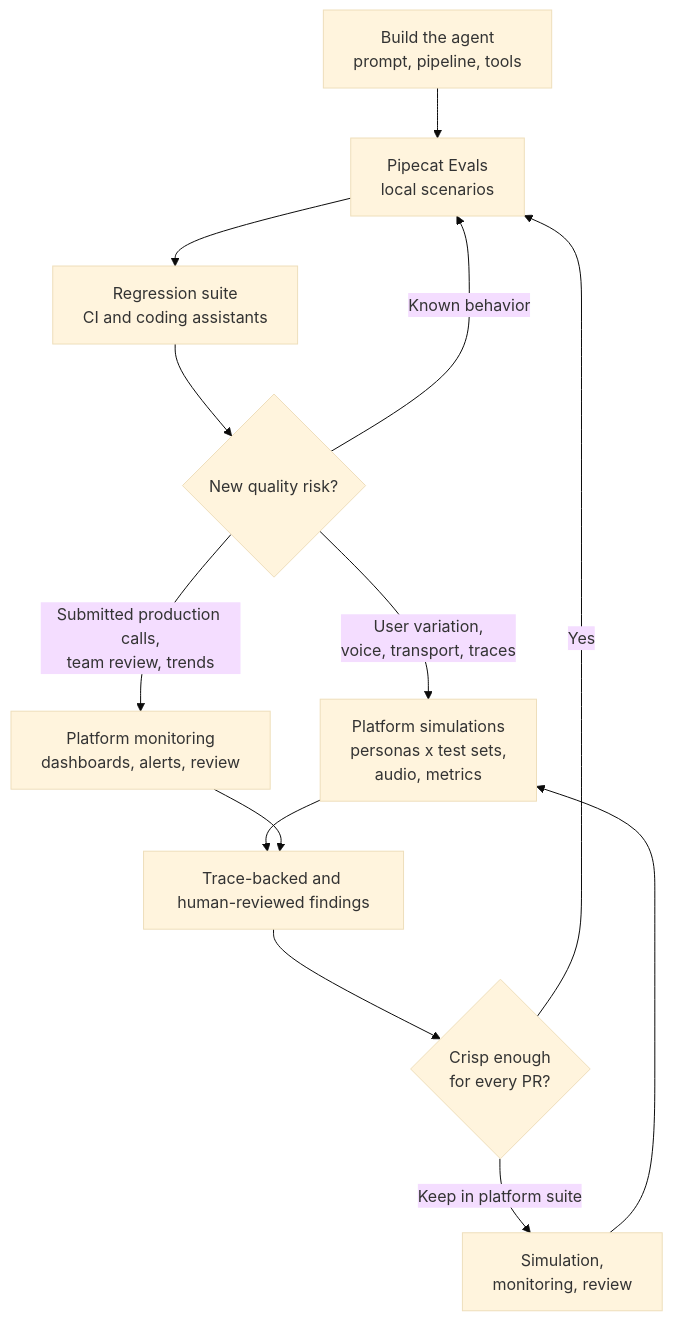
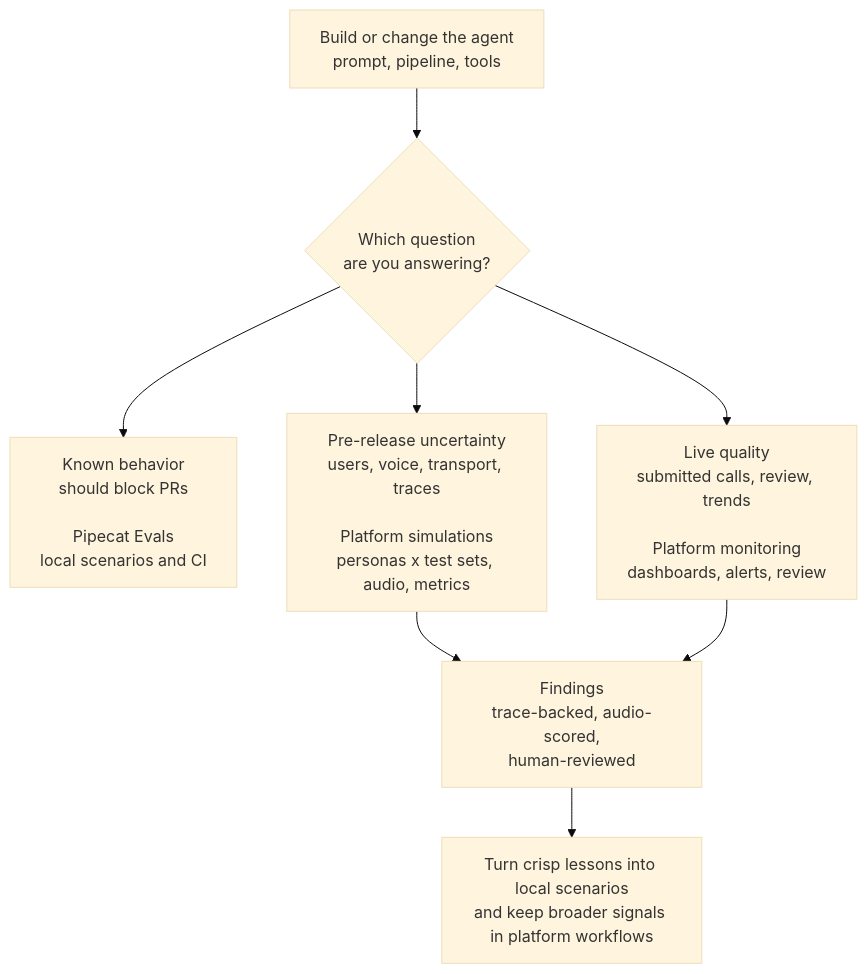
One commit to pipecat-ai/docs changed the diagram in pipecat/evals/lifecycle.mdx. Above: the diagram before and after it, drawn with Mermaid (base theme). The commit also changed other lines of this file, not shown here.

Commit message:
Clarify evals lifecycle diagram

````diff
--- a/pipecat/evals/lifecycle.mdx
+++ b/pipecat/evals/lifecycle.mdx
@@ -25,15 +25,10 @@
 ```mermaid
 flowchart TB
-  A["Build the agent<br/>prompt, pipeline, tools"] --> B["Pipecat Evals<br/>local scenarios"]
-  B --> C["Regression suite<br/>CI and coding assistants"]
-  C --> D{"New quality risk?"}
-  D -->|"Known behavior"| B
-  D -->|"User variation,<br/>voice, transport, traces"| E["Platform simulations<br/>personas x test sets,<br/>audio, metrics"]
-  D -->|"Submitted production calls,<br/>team review, trends"| F["Platform monitoring<br/>dashboards, alerts, review"]
-  E --> G["Trace-backed and human-reviewed findings"]
-  F --> G
-  G --> H{"Crisp enough<br/>for every PR?"}
-  H -->|"Yes"| B
-  H -->|"Keep in platform suite"| I["Simulation,<br/>monitoring, review"]
-  I --> E
+  A["Build or change the agent<br/>prompt, pipeline, tools"] --> B{"Which question<br/>are you answering?"}
+  B --> C["Known behavior<br/>should block PRs<br/><br/>Pipecat Evals<br/>local scenarios and CI"]
+  B --> D["Pre-release uncertainty<br/>users, voice, transport, traces<br/><br/>Platform simulations<br/>personas x test sets, audio, metrics"]
+  B --> E["Live quality<br/>submitted calls, review, trends<br/><br/>Platform monitoring<br/>dashboards, alerts, review"]
+  D --> F["Findings<br/>trace-backed, audio-scored,<br/>human-reviewed"]
+  E --> F
+  F --> G["Turn crisp lessons into local scenarios<br/>and keep broader signals in platform workflows"]
 ```
````
